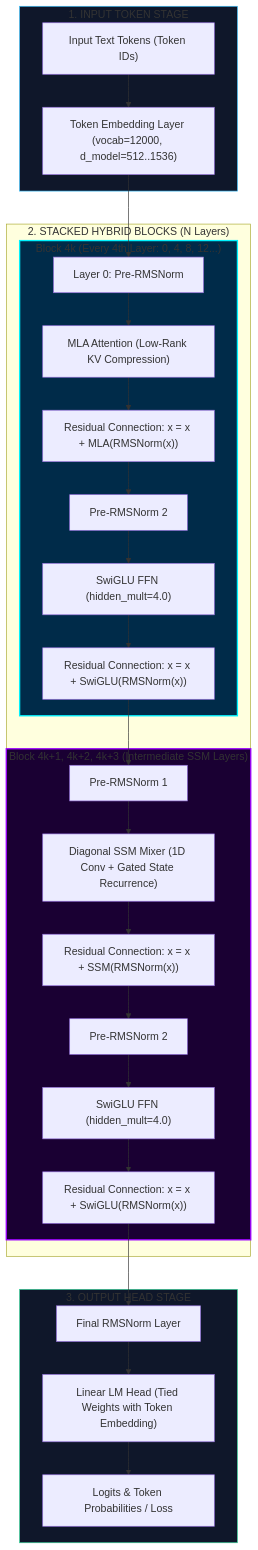
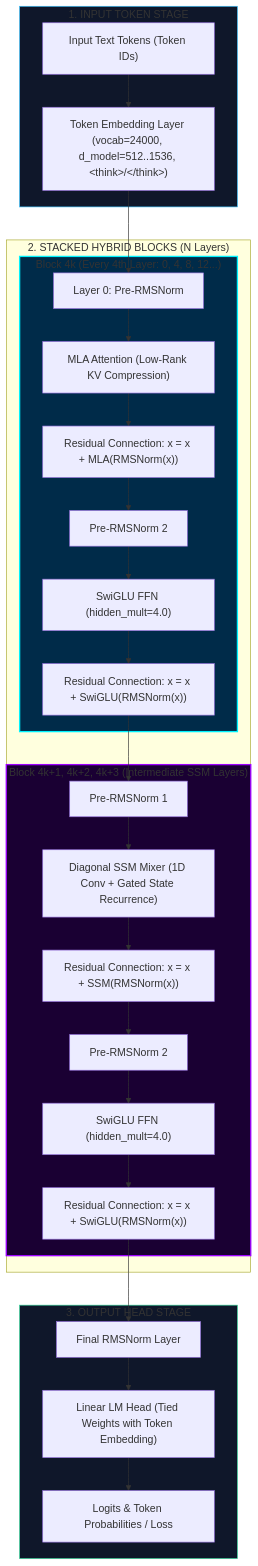
The first of 2 diagrams in docs/airapix_brain_architecture_and_breakthroughs.md (DarkKingTg/AiraPiX), drawn with Mermaid before and after one commit. The commit also changed other lines of this file and 7 other files, not shown here.

First line of the commit message:
docs: update brain and training architecture diagrams with vector SVG and synchronize README specifications

````diff
--- a/docs/airapix_brain_architecture_and_breakthroughs.md
+++ b/docs/airapix_brain_architecture_and_breakthroughs.md
@@ -11,38 +15,38 @@
 ```mermaid
 flowchart TD
     subgraph INPUT ["1. INPUT TOKEN STAGE"]
-        A["Input Text Tokens (Token IDs)"] --> B["Token Embedding Layer (vocab=12000, d_model=512..1536)"]
+        A["Input Text Tokens (Token IDs)"] --> B["Token Embedding Layer (vocab=24000, d_model=512..1536, &lt;think&gt;/&lt;/think&gt;)"]
     end
 
     subgraph BACKBONE ["2. STACKED HYBRID BLOCKS (N Layers)"]
         B --> C0["Layer 0: Pre-RMSNorm"]
         
         subgraph MLA_BLOCK ["Block 4k (Every 4th Layer: 0, 4, 8, 12...)"]
             C0 --> D1["MLA Attention (Low-Rank KV Compression)"]
             D1 --> E1["Residual Connection: x = x + MLA(RMSNorm(x))"]
             E1 --> F1["Pre-RMSNorm 2"]
             F1 --> G1["SwiGLU FFN (hidden_mult=4.0)"]
             G1 --> H1["Residual Connection: x = x + SwiGLU(RMSNorm(x))"]
         end
 
         subgraph SSM_BLOCK ["Block 4k+1, 4k+2, 4k+3 (Intermediate SSM Layers)"]
             H1 --> C1["Pre-RMSNorm 1"]
             C1 --> D2["Diagonal SSM Mixer (1D Conv + Gated State Recurrence)"]
             D2 --> E2["Residual Connection: x = x + SSM(RMSNorm(x))"]
             E2 --> F2["Pre-RMSNorm 2"]
             F2 --> G2["SwiGLU FFN (hidden_mult=4.0)"]
             G2 --> H2["Residual Connection: x = x + SwiGLU(RMSNorm(x))"]
         end
     end
 
     subgraph OUTPUT ["3. OUTPUT HEAD STAGE"]
         H2 --> I["Final RMSNorm Layer"]
         I --> J["Linear LM Head (Tied Weights with Token Embedding)"]
         J --> K["Logits & Token Probabilities / Loss"]
     end
 
     style MLA_BLOCK fill:#002B49,stroke:#00F2FE,stroke-width:2px
     style SSM_BLOCK fill:#1A0033,stroke:#9D00FF,stroke-width:2px
     style INPUT fill:#0F172A,stroke:#38BDF8
     style OUTPUT fill:#0F172A,stroke:#34D399
 ```
````
